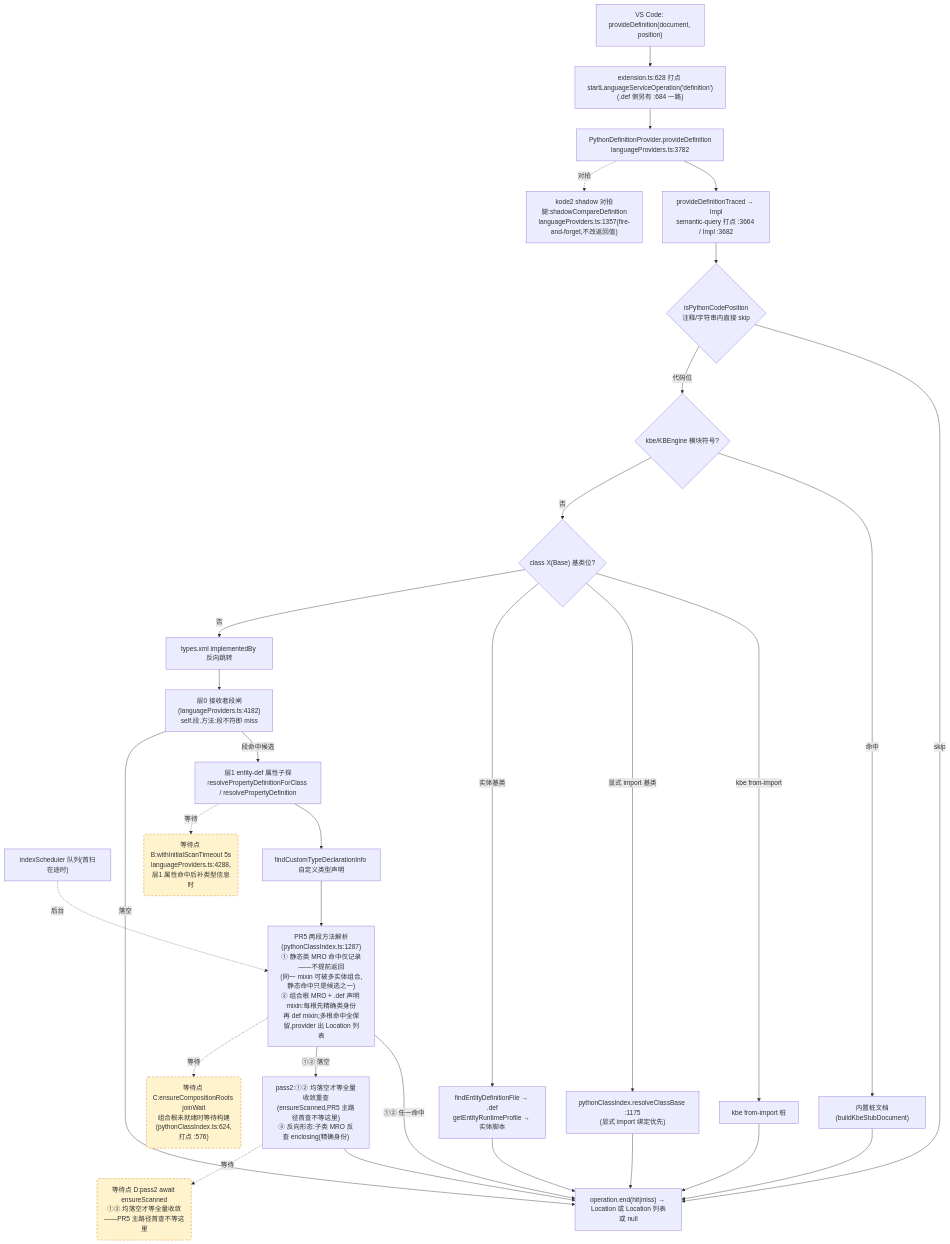
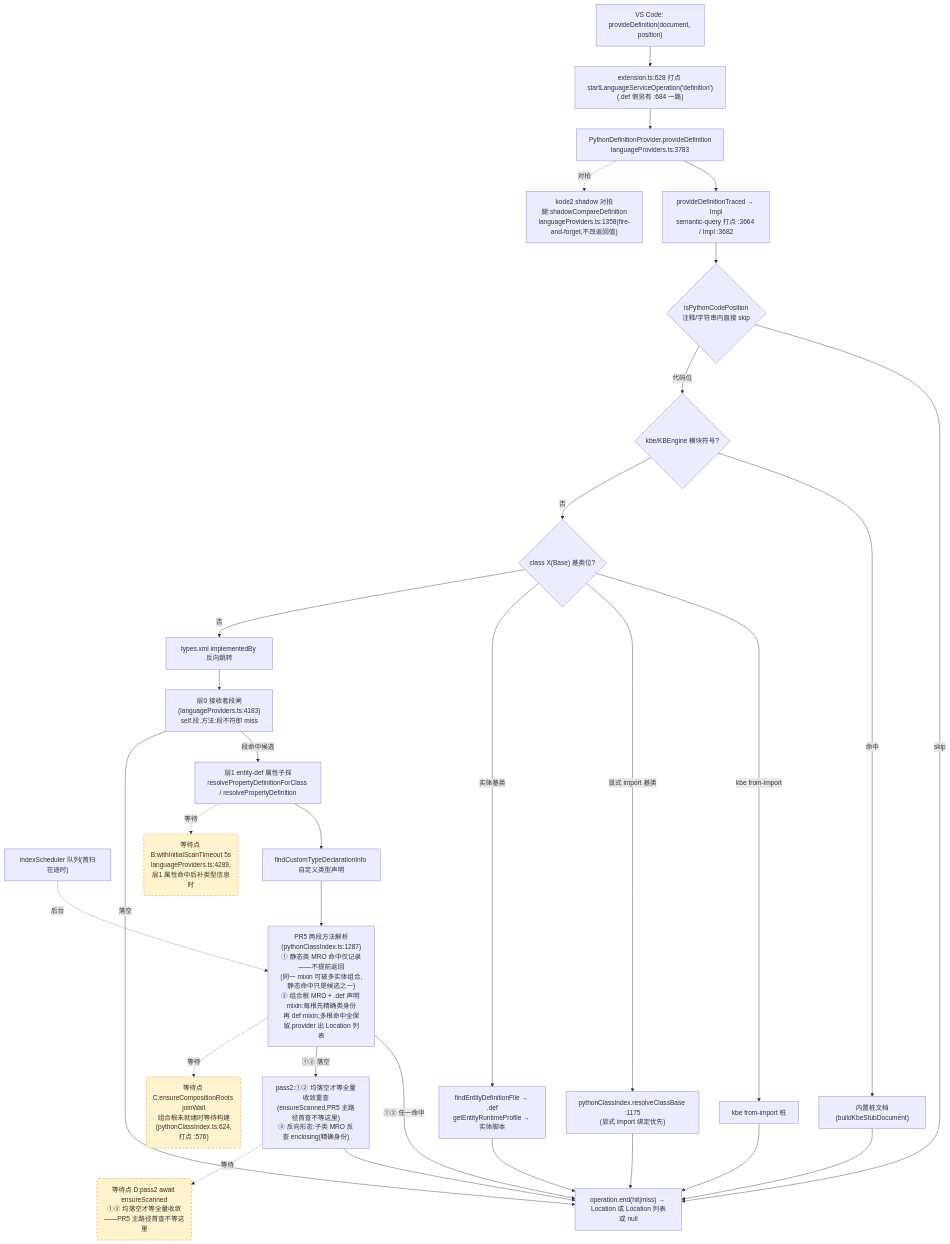
The second of 4 diagrams in docs/perf/2026-baseline.md (cuihairu/kode), drawn with Mermaid before and after one commit. The commit also changed other lines of this file and 6 other files, not shown here.

````diff
--- a/docs/perf/2026-baseline.md
+++ b/docs/perf/2026-baseline.md
@@ -130,51 +130,51 @@
 ```mermaid
 flowchart TD
   VC2["VS Code: provideDefinition(document, position)"]
   M2["extension.ts:628 打点 startLanguageServiceOperation('definition')<br/>(.def 侧另有 :684 一路)"]
-  AD2["PythonDefinitionProvider.provideDefinition<br/>languageProviders.ts:3782"]
+  AD2["PythonDefinitionProvider.provideDefinition<br/>languageProviders.ts:3783"]
   TR["provideDefinitionTraced → Impl<br/>semantic-query 打点 :3664 / Impl :3682"]
   CTX{"isPythonCodePosition<br/>注释/字符串内直接 skip"}
   KBE{"kbe/KBEngine 模块符号?"}
   STUB["内置桩文档(buildKbeStubDocument)"]
   CB{"class X(Base) 基类位?"}
   CB1["kbe from-import 桩"]
   CB2["pythonClassIndex.resolveClassBase :1175<br/>(显式 import 绑定优先)"]
   CB3["findEntityDefinitionFile → .def<br/>getEntityRuntimeProfile → 实体脚本"]
   REV["types.xml implementedBy 反向跳转"]
-  L0["层0 接收者段闸(languageProviders.ts:4182)<br/>self.段.方法:段不符即 miss"]
+  L0["层0 接收者段闸(languageProviders.ts:4183)<br/>self.段.方法:段不符即 miss"]
   L1["层1 entity-def 属性子探<br/>resolvePropertyDefinitionForClass / resolvePropertyDefinition"]
   SCAN["indexScheduler 队列(首扫在途时)"]
   TY["findCustomTypeDeclarationInfo 自定义类型声明"]
   MRO["PR5 两段方法解析(pythonClassIndex.ts:1287)<br/>① 静态类 MRO 命中仅记录——不提前返回<br/>(同一 mixin 可被多实体组合,静态命中只是候选之一)<br/>② 组合根 MRO + .def 声明 mixin:每根先精确类身份<br/>再 def mixin;多根命中全保留,provider 出 Location 列表"]
   PASS2["pass2:①② 均落空才等全量收敛重查<br/>(ensureScanned,PR5 主路径首查不等这里)<br/>③ 反向形态:子类 MRO 反查 enclosing(精确身份)"]
-  SHD["kode2 shadow 对拍腿:shadowCompareDefinition<br/>languageProviders.ts:1357(fire-and-forget,不改返回值)"]
+  SHD["kode2 shadow 对拍腿:shadowCompareDefinition<br/>languageProviders.ts:1358(fire-and-forget,不改返回值)"]
   END2["operation.end(hit|miss) → Location 或 Location 列表或 null"]
 
   VC2 --> M2 --> AD2 --> TR --> CTX
   CTX -- "skip" --> END2
   CTX -- "代码位" --> KBE
   KBE -- "命中" --> STUB --> END2
   KBE -- "否" --> CB
   CB -- "kbe from-import" --> CB1 --> END2
   CB -- "显式 import 基类" --> CB2 --> END2
   CB -- "实体基类" --> CB3 --> END2
   CB -- "否" --> REV --> L0
   L0 -- "段命中候选" --> L1
   L0 -- "落空" --> END2
   L1 --> TY
   TY --> MRO
   MRO -- "①② 任一命中" --> END2
   MRO -- "①② 落空" --> PASS2 --> END2
   AD2 -.->|对拍| SHD
 
-  WAITB("等待点 B:withInitialScanTimeout 5s<br/>languageProviders.ts:4288,层1 属性命中后补类型信息时")
+  WAITB("等待点 B:withInitialScanTimeout 5s<br/>languageProviders.ts:4289,层1 属性命中后补类型信息时")
   WAITC("等待点 C:ensureCompositionRoots joinWait<br/>组合根未就绪时等待构建(pythonClassIndex.ts:624,打点 :576)")
   WAITD("等待点 D:pass2 await ensureScanned<br/>①② 均落空才等全量收敛——PR5 主路径首查不等这里")
   L1 -.->|等待| WAITB
   MRO -.->|等待| WAITC
   PASS2 -.->|等待| WAITD
   SCAN -.->|后台| MRO
 
   classDef waitPoint fill:#fff3cd,stroke:#d97706,stroke-dasharray:5 4;
   class WAITB,WAITC,WAITD waitPoint;
 ```
````
